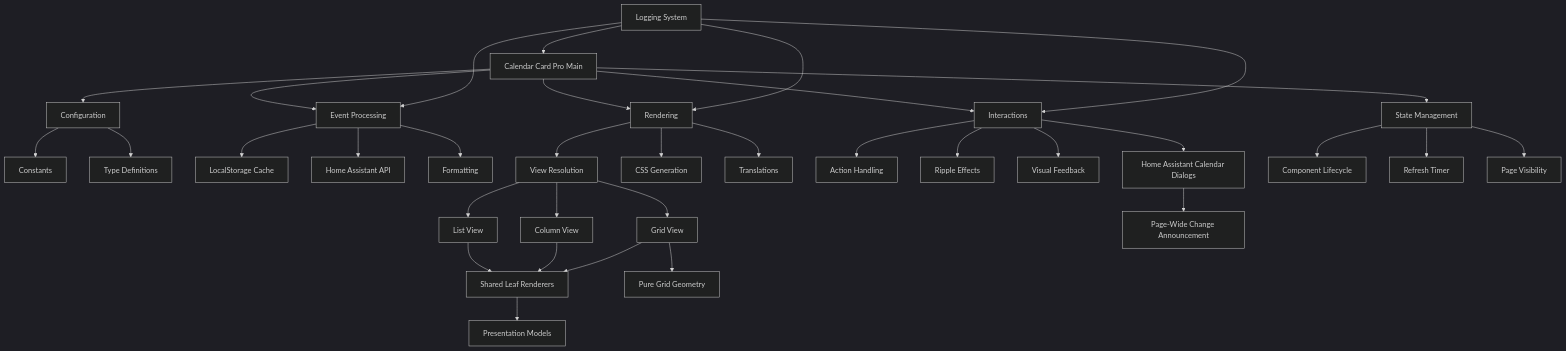
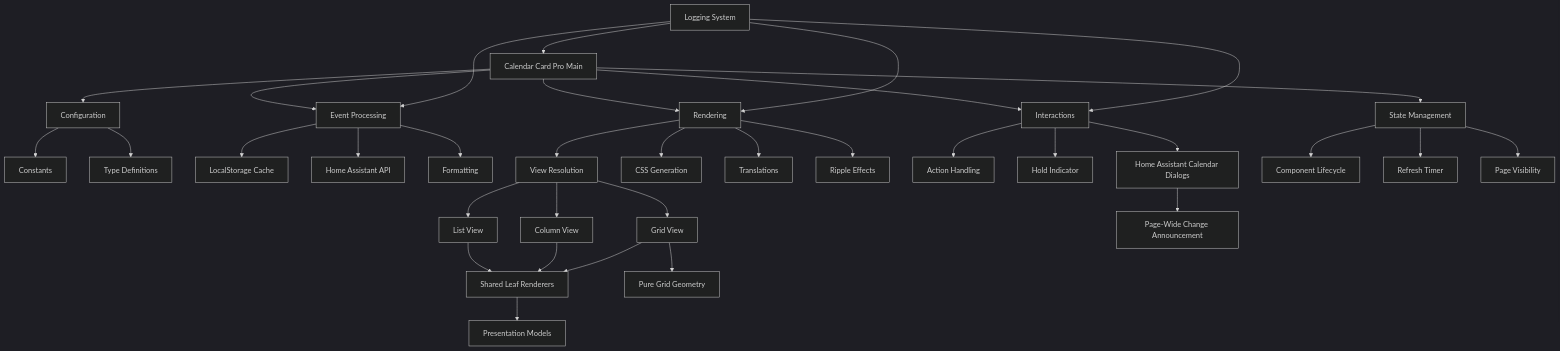
Before and after one commit to alexpfau/calendar-card-pro: the diagram in docs/architecture.md, drawn with Mermaid (dark theme). The commit also changed other lines of this file and 4 other files, not shown here.

First line of the commit message:
docs(architecture): complete the module tree and the v5 runtime

````diff
--- a/docs/architecture.md
+++ b/docs/architecture.md
@@ -590,48 +685,48 @@
 ```mermaid
 graph TD
     Main[Calendar Card Pro Main] --> Config[Configuration]
     Main --> Events[Event Processing]
     Main --> Render[Rendering]
     Main --> State[State Management]
     Main --> Inter[Interactions]
 
     %% Configuration interactions
     Config --> Constants[Constants]
     Config --> Types[Type Definitions]
 
     %% Event processing flow
     Events --> Cache[LocalStorage Cache]
     Events --> API[Home Assistant API]
     Events --> Format[Formatting]
 
     %% Rendering flow
     Render --> ViewRes[View Resolution]
     ViewRes --> List[List View]
     ViewRes --> Column[Column View]
     ViewRes --> Grid[Grid View]
     List --> Leaves[Shared Leaf Renderers]
     Column --> Leaves
     Grid --> Leaves
     Grid --> Geometry[Pure Grid Geometry]
     Leaves --> Present[Presentation Models]
     Render --> Styles[CSS Generation]
     Render --> Localize[Translations]
+    Render --> Ripple[Ripple Effects]
 
     %% Interaction flow
     Inter --> Actions[Action Handling]
-    Inter --> Ripple[Ripple Effects]
-    Inter --> Feedback[Visual Feedback]
+    Inter --> Feedback[Hold Indicator]
     Inter --> Dialogs[Home Assistant Calendar Dialogs]
     Dialogs --> Changes[Page-Wide Change Announcement]
 
     %% State management
     State --> Lifecycle[Component Lifecycle]
     State --> Refresh[Refresh Timer]
     State --> Visibility[Page Visibility]
 
     %% Cross-cutting concerns
     Logger[Logging System] --> Main
     Logger --> Events
     Logger --> Render
     Logger --> Inter
 ```
````
